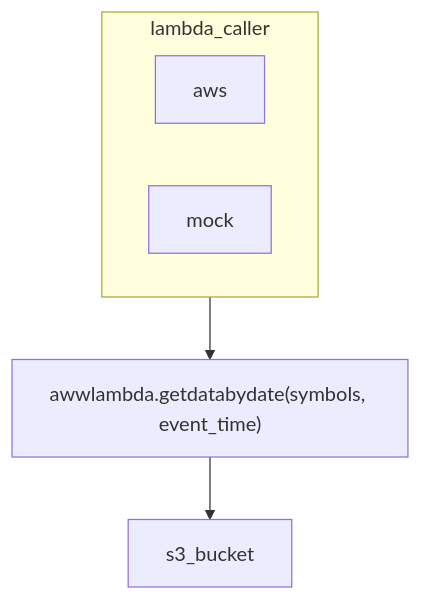
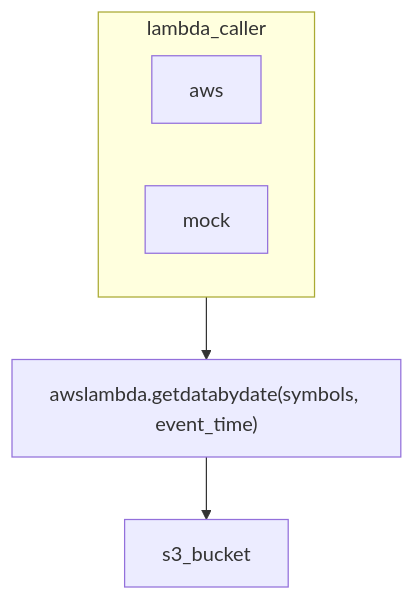
Before and after one commit to sluofoss/stock-stream: the first of 2 diagrams in README.md, drawn with Mermaid. The commit also changed other lines of this file and 4 other files, not shown here.

````diff
--- a/README.md
+++ b/README.md
@@ -38,8 +39,8 @@
 ```mermaid
 flowchart
     subgraph lambda_caller
         aws
         mock
     end
-    lambda_caller --> id1["awwlambda.getdatabydate(symbols, event_time)"] --> s3_bucket
+    lambda_caller --> id1["awslambda.getdatabydate(symbols, event_time)"] --> s3_bucket
 ```
````
